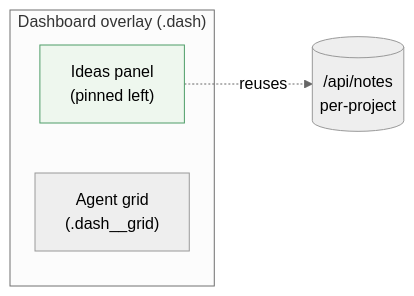
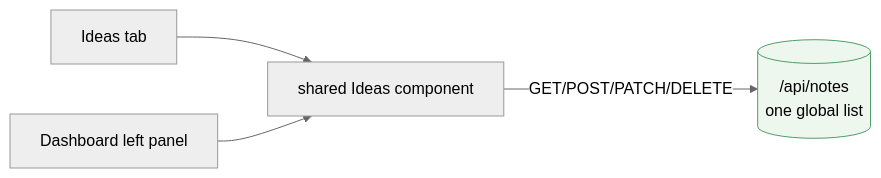
Before and after one commit to mirceta/birocode: the diagram in plans/ideas-pinned-dashboard.md, drawn with Mermaid (neutral theme). The commit also changed other lines of this file and 12 other files, not shown here.

First line of the commit message:
feat: Ideas go global + pinned left of the dashboard

````diff
--- a/plans/ideas-pinned-dashboard.md
+++ b/plans/ideas-pinned-dashboard.md
@@ -20,9 +48,7 @@
 ```mermaid
 flowchart LR
-    subgraph DASH["Dashboard overlay (.dash)"]
-        IDEAS["Ideas panel<br/>(pinned left)"]
-        GRID["Agent grid<br/>(.dash__grid)"]
-    end
-    IDEAS -.->|"reuses"| API[("/api/notes<br/>per-project")]
-    style IDEAS fill:#eef7ee,stroke:#4f9d69
+    TAB["Ideas tab"] --> SHARED["shared Ideas component"]
+    PANEL["Dashboard left panel"] --> SHARED
+    SHARED -->|"GET/POST/PATCH/DELETE"| API[("/api/notes<br/>one global list")]
+    style API fill:#eef7ee,stroke:#4f9d69
 ```
````
